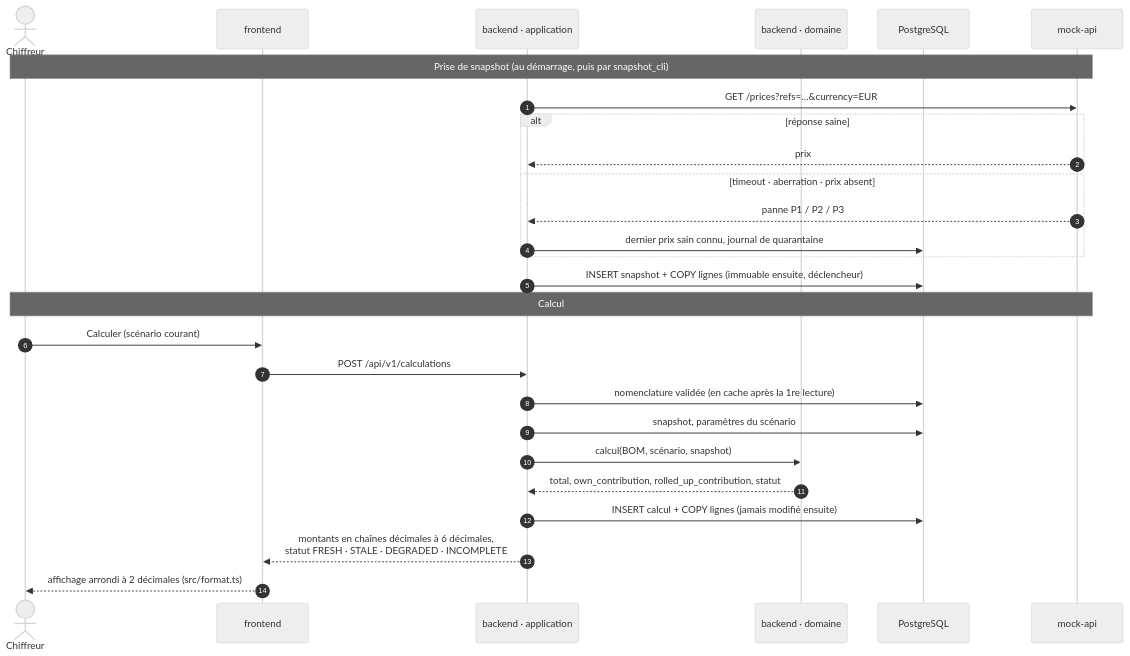
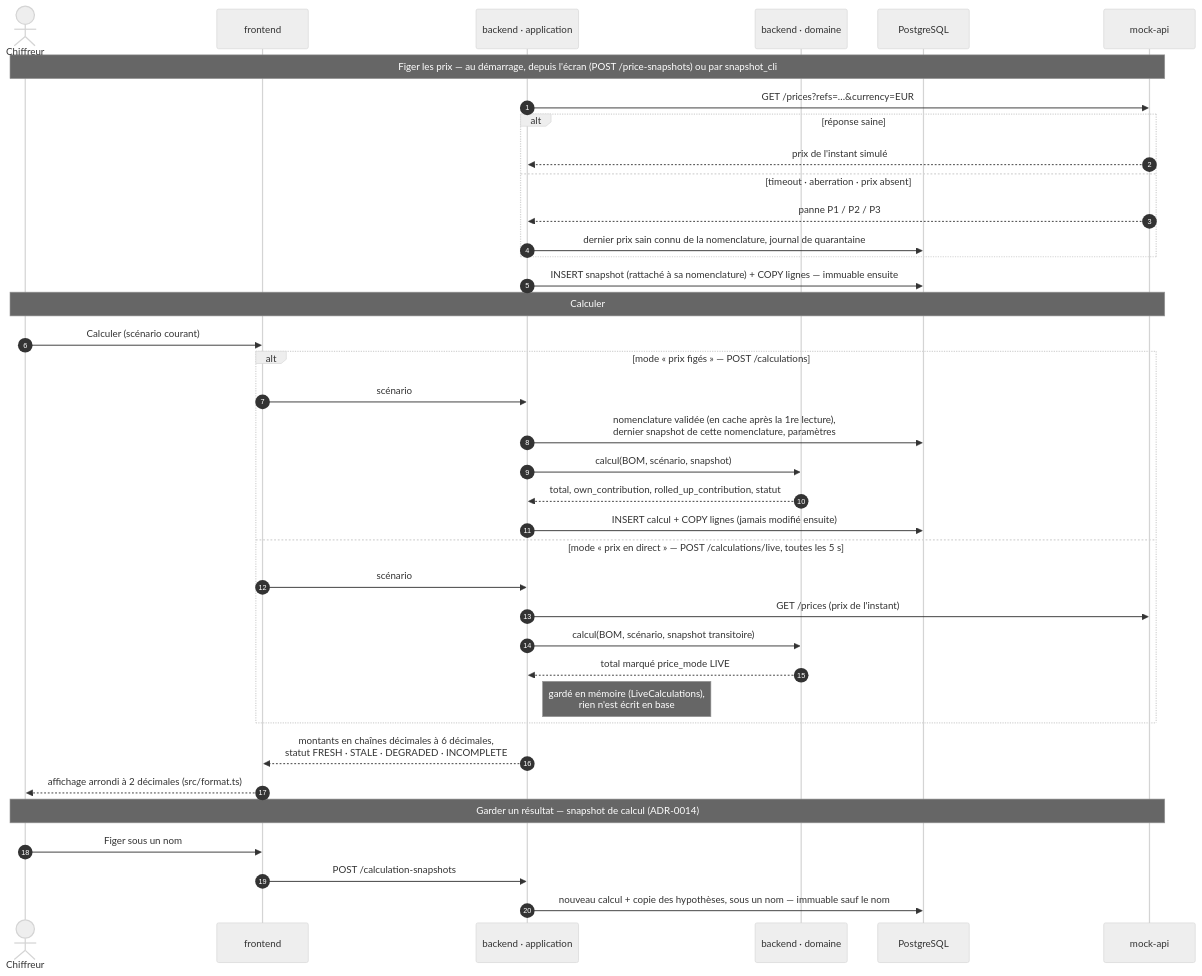
Before and after one commit to 3-Istor/NLPF: the third of 3 diagrams in car-cost/docs/architecture.md, drawn with Mermaid (neutral theme). The commit also changed other lines of this file, not shown here.

````diff
--- a/car-cost/docs/architecture.md
+++ b/car-cost/docs/architecture.md
@@ -105,31 +120,43 @@
 ```mermaid
 sequenceDiagram
     autonumber
     actor U as Chiffreur
     participant F as frontend
     participant A as backend · application
     participant D as backend · domaine
     participant P as PostgreSQL
     participant M as mock-api
 
-    Note over U,M: Prise de snapshot (au démarrage, puis par snapshot_cli)
+    Note over U,M: Figer les prix — au démarrage, depuis l'écran (POST /price-snapshots) ou par snapshot_cli
     A->>M: GET /prices?refs=…&currency=EUR
     alt réponse saine
-        M-->>A: prix
+        M-->>A: prix de l'instant simulé
     else timeout · aberration · prix absent
         M-->>A: panne P1 / P2 / P3
-        A->>P: dernier prix sain connu, journal de quarantaine
+        A->>P: dernier prix sain connu de la nomenclature, journal de quarantaine
     end
-    A->>P: INSERT snapshot + COPY lignes (immuable ensuite, déclencheur)
+    A->>P: INSERT snapshot (rattaché à sa nomenclature) + COPY lignes — immuable ensuite
 
-    Note over U,M: Calcul
+    Note over U,M: Calculer
     U->>F: Calculer (scénario courant)
-    F->>A: POST /api/v1/calculations
-    A->>P: nomenclature validée (en cache après la 1re lecture)
-    A->>P: snapshot, paramètres du scénario
-    A->>D: calcul(BOM, scénario, snapshot)
-    D-->>A: total, own_contribution, rolled_up_contribution, statut
-    A->>P: INSERT calcul + COPY lignes (jamais modifié ensuite)
+    alt mode « prix figés » — POST /calculations
+        F->>A: scénario
+        A->>P: nomenclature validée (en cache après la 1re lecture),<br/>dernier snapshot de cette nomenclature, paramètres
+        A->>D: calcul(BOM, scénario, snapshot)
+        D-->>A: total, own_contribution, rolled_up_contribution, statut
+        A->>P: INSERT calcul + COPY lignes (jamais modifié ensuite)
+    else mode « prix en direct » — POST /calculations/live, toutes les 5 s
+        F->>A: scénario
+        A->>M: GET /prices (prix de l'instant)
+        A->>D: calcul(BOM, scénario, snapshot transitoire)
+        D-->>A: total marqué price_mode LIVE
+        Note right of A: gardé en mémoire (LiveCalculations),<br/>rien n'est écrit en base
+    end
     A-->>F: montants en chaînes décimales à 6 décimales,<br/>statut FRESH · STALE · DEGRADED · INCOMPLETE
     F-->>U: affichage arrondi à 2 décimales (src/format.ts)
+
+    Note over U,M: Garder un résultat — snapshot de calcul (ADR-0014)
+    U->>F: Figer sous un nom
+    F->>A: POST /calculation-snapshots
+    A->>P: nouveau calcul + copie des hypothèses, sous un nom — immuable sauf le nom
 ```
````
